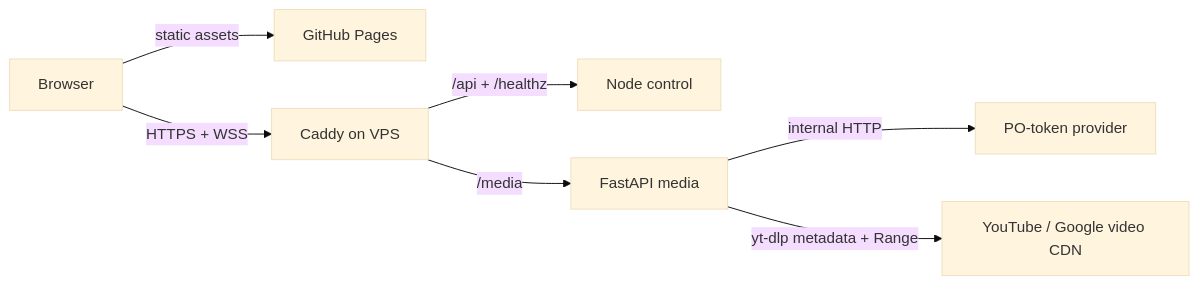
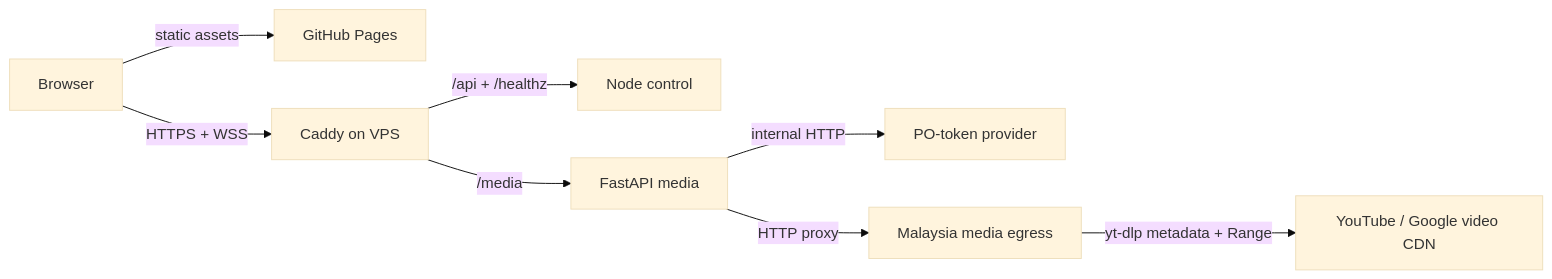
The diagram in README.md (ypnomania/DreamStream99), drawn with Mermaid (base theme) before and after one commit. The commit also changed other lines of this file and 19 other files, not shown here.

Commit message:
Add Malaysian media egress

````diff
--- a/README.md
+++ b/README.md
@@ -30,9 +35,10 @@
 ```mermaid
 flowchart LR
     B[Browser] -->|static assets| P[GitHub Pages]
     B -->|HTTPS + WSS| G[Caddy on VPS]
     G -->|/api + /healthz| C[Node control]
     G -->|/media| M[FastAPI media]
     M -->|internal HTTP| T[PO-token provider]
-    M -->|yt-dlp metadata + Range| Y[YouTube / Google video CDN]
+    M -->|HTTP proxy| E[Malaysia media egress]
+    E -->|yt-dlp metadata + Range| Y[YouTube / Google video CDN]
 ```
````
